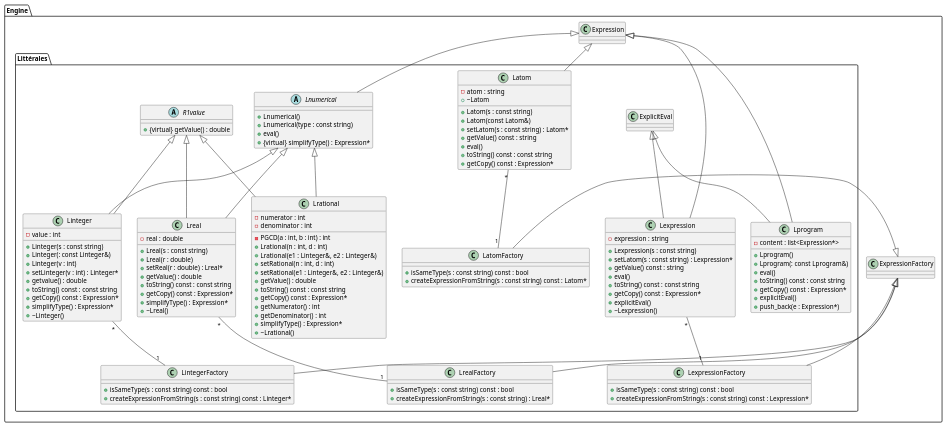
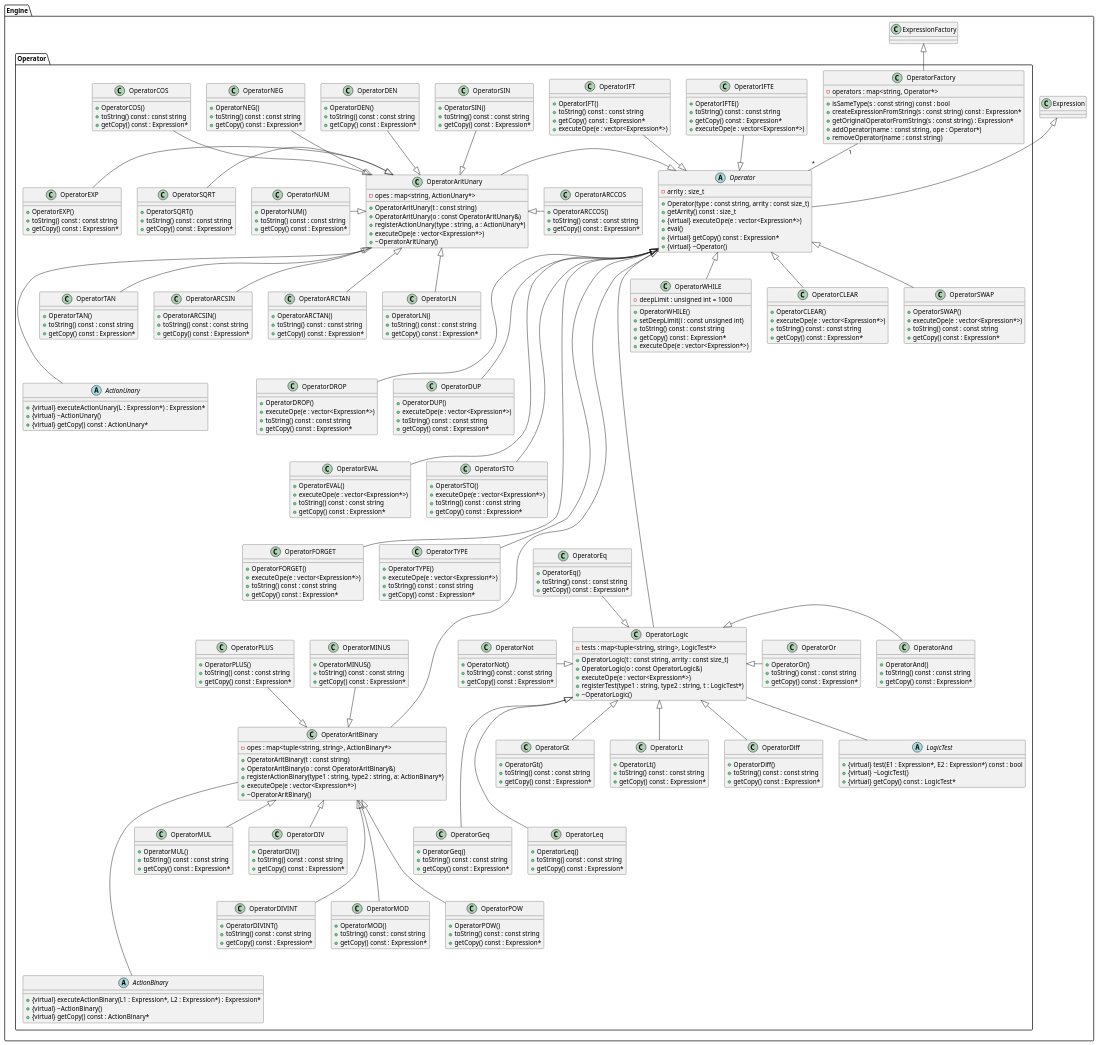
One commit to StephaneBranly/LO21-RPN-Calculator changed the diagram in etudes_de_projet/litterales.puml. Above: the diagram before and after it, drawn with PlantUML.

```diff
--- a/etudes_de_projet/litterales.puml
+++ b/etudes_de_projet/litterales.puml
@@ -6,134 +6,366 @@
 class ExpressionFactory{
 }
 
-package Littérales {
-class Latom {
-  - atom : string
-  + Latom(s : const string)
-  + Latom(const Latom&)
-  + setLatom(s : const string) : Latom*
-  + getValue() const : string
+package Operator {
+
+abstract class Operator {
+  - arrity : size_t
+  + Operator(type : const string, arrity : const size_t)
+  + getArrity() const : size_t
+  + {virtual} executeOpe(e : vector<Expression*>)
   + eval()
+  + {virtual} getCopy() const : Expression*
+  + {virtual} ~Operator()
+}
+Expression <|-down- Operator
+
+class OperatorAritBinary{
+  - opes : map<tuple<string, string>, ActionBinary*>
+  + OperatorAritBinary(t : const string)
+  + OperatorAritBinary(o : const OperatorAritBinary&)
+  + registerActionBinary(type1 : string, type2 : string, a: ActionBinary*)
+  + executeOpe(e : vector<Expression*>)
+  + ~OperatorAritBinary()
+}
+Operator <|------- OperatorAritBinary
+OperatorAritBinary ---- ActionBinary
+
+class OperatorAritUnary {
+  - opes : map<string, ActionUnary*>
+  + OperatorAritUnary(t : const string)
+  + OperatorAritUnary(o : const OperatorAritUnary&)
+  + registerActionUnary(type : string, a : ActionUnary*)
+  + executeOpe(e : vector<Expression*>)
+  + ~OperatorAritUnary()
+}
+Operator <|-left- OperatorAritUnary
+OperatorAritUnary --- ActionUnary
+
+abstract class ActionBinary {
+  + {virtual} executeActionBinary(L1 : Expression*, L2 : Expression*) : Expression*
+  + {virtual} ~ActionBinary()
+  + {virtual} getCopy() const : ActionBinary*
+}
+
+abstract class ActionUnary {
+  + {virtual} executeActionUnary(L : Expression*) : Expression*
+  + {virtual} ~ActionUnary()
+  + {virtual} getCopy() const : ActionUnary*
+}
+
+class OperatorPLUS {
+  + OperatorPLUS()
   + toString() const : const string
   + getCopy() const : Expression*
-  + ~Latom
 }
-Expression <|-- Latom
+OperatorAritBinary <|-up- OperatorPLUS
 
-class LatomFactory {
-  + isSameType(s : const string) const : bool
-  + createExpressionFromString(s : const string) const : Latom*
-}
-ExpressionFactory <|- LatomFactory
-Latom "*" -- "1" LatomFactory
-
-class Lexpression {
-  - expression : string
-  + Lexpression(s : const string)
-  + setLatom(s : const string) : Lexpression*
-  + getValue() const : string
-  + eval()
+class OperatorMINUS {
+  + OperatorMINUS()
   + toString() const : const string
   + getCopy() const : Expression*
-  + explicitEval()
-  + ~Lexpression()
 }
-Expression <|-- Lexpression
-ExplicitEval <|-- Lexpression
+OperatorAritBinary <|-up- OperatorMINUS
 
-class LexpressionFactory {
-  + isSameType(s : const string) const : bool
-  + createExpressionFromString(s : const string) const : Lexpression*
-}
-ExpressionFactory <|- LexpressionFactory
-Lexpression "*" -- "1" LexpressionFactory
-
-class Lrational {
-  - numerator : int
-  - denominator : int
-  - PGCD(a : int, b : int) : int
-  + Lrational(n : int, d : int)
-  + Lrational(e1 : Linteger&, e2 : Linteger&)
-  + setRational(n : int, d : int)
-  + setRational(e1 : Linteger&, e2 : Linteger&)
-  + getValue() : double
+class OperatorMUL {
+  + OperatorMUL()
   + toString() const : const string
   + getCopy() const : Expression*
-  + getNumerator() : int
-  + getDenominator() : int
-  + simplifyType() : Expression*
-  + ~Lrational()
 }
-Lnumerical <|-- Lrational
-R1value <|-- Lrational
+OperatorAritBinary <|-- OperatorMUL
 
-class Linteger {
-  - value : int
-  + Linteger(s : const string)
-  + Linteger(: const Linteger&)
-  + Linteger(v : int)
-  + setLinteger(v : int) : Linteger*
-  + getvalue() : double
+class OperatorDIV {
+  + OperatorDIV()
   + toString() const : const string
   + getCopy() const : Expression*
-  + simplifyType() : Expression*
-  + ~Linteger()
 }
-Lnumerical <|-- Linteger
-R1value <|-- Linteger
+OperatorAritBinary <|-- OperatorDIV
 
-class LintegerFactory {
+class OperatorDIVINT {
+  + OperatorDIVINT()
+  + toString() const : const string
+  + getCopy() const : Expression*
+}
+OperatorAritBinary <|--- OperatorDIVINT
+
+class OperatorMOD {
+  + OperatorMOD()
+  + toString() const : const string
+  + getCopy() const : Expression*
+}
+OperatorAritBinary <|--- OperatorMOD
+
+class OperatorPOW {
+  + OperatorPOW()
+  + toString() const : const string
+  + getCopy() const : Expression*
+}
+OperatorAritBinary <|--- OperatorPOW
+
+class OperatorNEG {
+  + OperatorNEG()
+  + toString() const : const string
+  + getCopy() const : Expression*
+}
+OperatorAritUnary <|-up- OperatorNEG
+
+class OperatorNUM {
+  + OperatorNUM()
+  + toString() const : const string
+  + getCopy() const : Expression*
+}
+OperatorAritUnary <|-left- OperatorNUM
+
+class OperatorDEN {
+  + OperatorDEN()
+  + toString() const : const string
+  + getCopy() const : Expression*
+}
+OperatorAritUnary<|-up- OperatorDEN
+
+class OperatorSIN {
+  + OperatorSIN()
+  + toString() const : const string
+  + getCopy() const : Expression*
+}
+OperatorAritUnary<|-up- OperatorSIN
+
+class OperatorCOS {
+  + OperatorCOS()
+  + toString() const : const string
+  + getCopy() const : Expression*
+}
+OperatorAritUnary<|-up- OperatorCOS
+
+class OperatorTAN {
+  + OperatorTAN()
+  + toString() const : const string
+  + getCopy() const : Expression*
+}
+OperatorAritUnary<|-down- OperatorTAN
+
+class OperatorARCSIN {
+  + OperatorARCSIN()
+  + toString() const : const string
+  + getCopy() const : Expression*
+}
+OperatorAritUnary<|-down- OperatorARCSIN
+
+class OperatorARCCOS {
+  + OperatorARCCOS()
+  + toString() const : const string
+  + getCopy() const : Expression*
+}
+OperatorAritUnary<|-right- OperatorARCCOS
+
+class OperatorARCTAN {
+  + OperatorARCTAN()
+  + toString() const : const string
+  + getCopy() const : Expression*
+}
+OperatorAritUnary<|-down- OperatorARCTAN
+
+class OperatorSQRT {
+  + OperatorSQRT()
+  + toString() const : const string
+  + getCopy() const : Expression*
+}
+OperatorAritUnary<|-left- OperatorSQRT
+
+class OperatorEXP {
+  + OperatorEXP()
+  + toString() const : const string
+  + getCopy() const : Expression*
+}
+OperatorAritUnary<|-left- OperatorEXP
+
+class OperatorLN {
+  + OperatorLN()
+  + toString() const : const string
+  + getCopy() const : Expression*
+}
+OperatorAritUnary<|-- OperatorLN
+
+class OperatorIFT {
+  + OperatorIFT()
+  + toString() const : const string
+  + getCopy() const : Expression*
+  + executeOpe(e : vector<Expression*>)
+}
+Operator <|-up- OperatorIFT
+
+class OperatorIFTE {
+  + OperatorIFTE()
+  + toString() const : const string
+  + getCopy() const : Expression*
+  + executeOpe(e : vector<Expression*>)
+}
+Operator <|-up- OperatorIFTE
+
+class OperatorWHILE {
+  - deepLimit : unsigned int = 1000
+  + OperatorWHILE()
+  + setDeepLimit(i : const unsigned int)
+  + toString() const : const string
+  + getCopy() const : Expression*
+  + executeOpe(e : vector<Expression*>)
+}
+Operator <|-- OperatorWHILE
+
+class OperatorFactory {
+  - operators : map<string, Operator*>
   + isSameType(s : const string) const : bool
-  + createExpressionFromString(s : const string) const : Linteger*
+  + createExpressionFromString(s : const string) const : Expression*
+  + getOriginalOperatorFromString(s : const string) : Expression*
+  + addOperator(name : const string, ope : Operator*)
+  + removeOperator(name : const string)
 }
-ExpressionFactory <|-- LintegerFactory
-Linteger "*" -- "1" LintegerFactory
+ExpressionFactory <|-- OperatorFactory
+OperatorFactory "1" -- "*" Operator
 
-abstract class Lnumerical {
-  + Lnumerical()
-  + Lnumerical(type : const string)
-  + eval()
-  + {virtual} simplifyType() : Expression*
+class OperatorLogic {
+  - tests : map<tuple<string, string>, LogicTest*>
+  + OperatorLogic(t : const string, arrity : const size_t)
+  + OperatorLogic(o : const OperatorLogic&)
+  + executeOpe(e : vector<Expression*>)
+  + registerTest(type1 : string, type2 : string, t : LogicTest*)
+  + ~OperatorLogic()
 }
-Expression <|-- Lnumerical
+Operator <|------ OperatorLogic
+OperatorLogic -- LogicTest
 
-abstract class R1value {
-  + {virtual} getValue() : double
+abstract class LogicTest {
+  + {virtual} test(E1 : Expression*, E2 : Expression*) const : bool
+  + {virtual} ~LogicTest()
+  + {virtual} getCopy() const : LogicTest*
 }
 
-class Lprogram {
-  - content : list<Expression*>
-  + Lprogram()
-  + Lprogram(: const Lprogram&)
-  + eval()
+class OperatorAnd {
+  + OperatorAnd()
   + toString() const : const string
   + getCopy() const : Expression*
-  + explicitEval()
-  + push_back(e : Expression*)
 }
-Expression <|-- Lprogram
-ExplicitEval <|-- Lprogram
+OperatorLogic <|-right- OperatorAnd
 
-class Lreal {
-  - real : double
-  + Lreal(s : const string)
-  + Lreal(r : double)
-  + setReal(r : double) : Lreal*
-  + getValue() : double
+class OperatorOr {
+  + OperatorOr()
   + toString() const : const string
   + getCopy() const : Expression*
-  + simplifyType() : Expression*
-  + ~Lreal()
 }
-Lnumerical <|-- Lreal
-R1value <|-- Lreal
+OperatorLogic <|-right- OperatorOr
 
-class LrealFactory {
-  + isSameType(s : const string) const : bool
-  + createExpressionFromString(s : const string) : Lreal*
+class OperatorNot {
+  + OperatorNot()
+  + toString() const : const string
+  + getCopy() const : Expression*
 }
-ExpressionFactory <|-- LrealFactory
-Lreal "*" -- "1" LrealFactory
+OperatorLogic <|-left- OperatorNot
+
+class OperatorEq {
+  + OperatorEq()
+  + toString() const : const string
+  + getCopy() const : Expression*
+}
+OperatorLogic <|-up- OperatorEq
+
+class OperatorGeq {
+  + OperatorGeq()
+  + toString() const : const string
+  + getCopy() const : Expression*
+}
+OperatorLogic <|--- OperatorGeq
+
+class OperatorLeq {
+  + OperatorLeq()
+  + toString() const : const string
+  + getCopy() const : Expression*
+}
+OperatorLogic <|--- OperatorLeq
+
+class OperatorGt {
+  + OperatorGt()
+  + toString() const : const string
+  + getCopy() const : Expression*
+}
+OperatorLogic <|-- OperatorGt
+
+class OperatorLt {
+  + OperatorLt()
+  + toString() const : const string
+  + getCopy() const : Expression*
+}
+OperatorLogic <|-- OperatorLt
+
+class OperatorDiff {
+  + OperatorDiff()
+  + toString() const : const string
+  + getCopy() const : Expression*
+}
+OperatorLogic <|-- OperatorDiff
+
+class OperatorCLEAR {
+  + OperatorCLEAR()
+  + executeOpe(e : vector<Expression*>)
+  + toString() const : const string
+  + getCopy() const : Expression*
+}
+Operator <|-- OperatorCLEAR
+
+class OperatorSWAP {
+  + OperatorSWAP()
+  + executeOpe(e : vector<Expression*>)
+  + toString() const : const string
+  + getCopy() const : Expression*
+}
+Operator <|-- OperatorSWAP
+
+class OperatorDROP {
+  + OperatorDROP()
+  + executeOpe(e : vector<Expression*>)
+  + toString() const : const string
+  + getCopy() const : Expression*
+}
+Operator <|--- OperatorDROP
+
+class OperatorDUP {
+  + OperatorDUP()
+  + executeOpe(e : vector<Expression*>)
+  + toString() const : const string
+  + getCopy() const : Expression*
+}
+Operator <|--- OperatorDUP
+
+class OperatorEVAL {
+  + OperatorEVAL()
+  + executeOpe(e : vector<Expression*>)
+  + toString() const : const string
+  + getCopy() const : Expression*
+}
+Operator <|---- OperatorEVAL
+
+class OperatorSTO {
+  + OperatorSTO()
+  + executeOpe(e : vector<Expression*>)
+  + toString() const : const string
+  + getCopy() const : Expression*
+}
+Operator <|---- OperatorSTO
+
+class OperatorFORGET {
+  + OperatorFORGET()
+  + executeOpe(e : vector<Expression*>)
+  + toString() const : const string
+  + getCopy() const : Expression*
+}
+Operator <|----- OperatorFORGET
+
+class OperatorTYPE {
+  + OperatorTYPE()
+  + executeOpe(e : vector<Expression*>)
+  + toString() const : const string
+  + getCopy() const : Expression*
+}
+Operator <|----- OperatorTYPE
 }
 }
 @enduml
```
